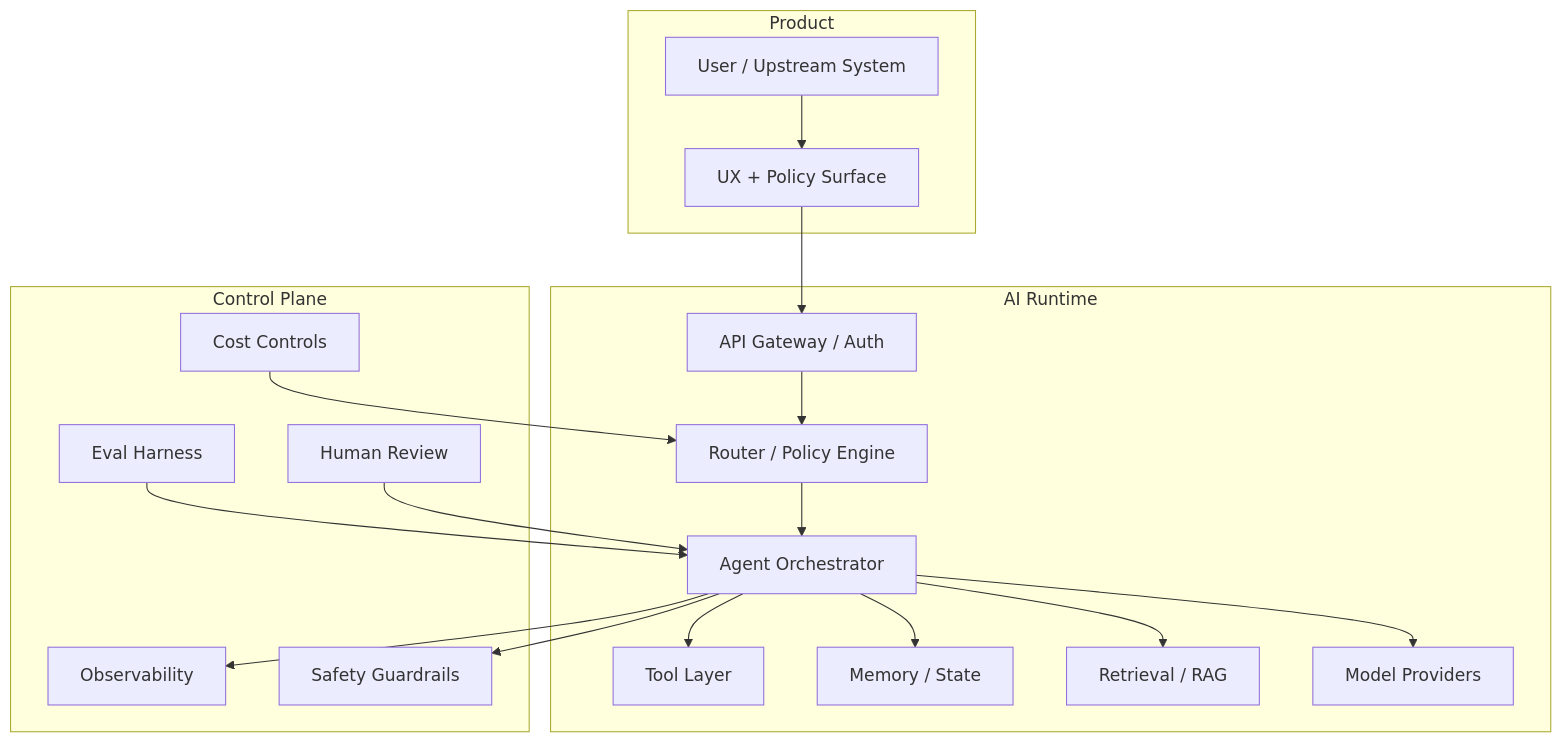
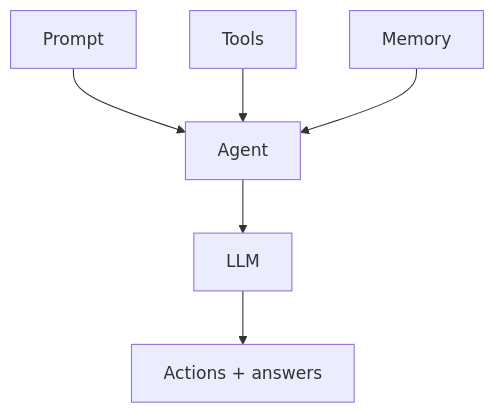
One commit to rcrahul43/GenAI-Masterclass changed the fifth of 6 diagrams in Modules/00-Foundations/00-01-AI-Engineering-Mindset.md. Above: the diagram before and after it, drawn with Mermaid. The commit also changed other lines of this file and 36 other files, not shown here.

````diff
--- a/Modules/00-Foundations/00-01-AI-Engineering-Mindset.md
+++ b/Modules/00-Foundations/00-01-AI-Engineering-Mindset.md
@@ -64,33 +168,8 @@
 ```mermaid
 flowchart TB
-    subgraph Product
-      U[User / Upstream System]
-      UX[UX + Policy Surface]
-    end
-    subgraph AI_Runtime["AI Runtime"]
-      G[API Gateway / Auth]
-      R[Router / Policy Engine]
-      A[Agent Orchestrator]
-      T[Tool Layer]
-      M[Memory / State]
-      K[Retrieval / RAG]
-      L[Model Providers]
-    end
-    subgraph Control_Plane["Control Plane"]
-      E[Eval Harness]
-      O[Observability]
-      S[Safety Guardrails]
-      C[Cost Controls]
-      H[Human Review]
-    end
-    U --> UX --> G --> R --> A
-    A --> T
-    A --> M
-    A --> K
-    A --> L
-    A --> S
-    A --> O
-    E --> A
-    C --> R
-    H --> A
+    P[Prompt] --> A[Agent]
+    T[Tools] --> A
+    M[Memory] --> A
+    A --> L[LLM]
+    L --> Out[Actions + answers]
 ```
````
